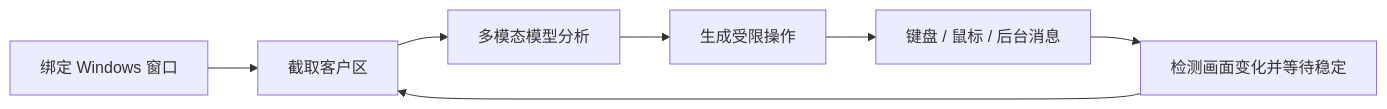
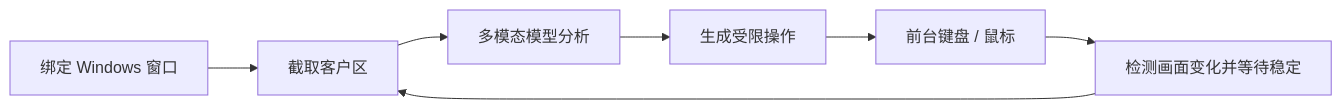
The diagram in README.md (thiopheneche/AEye), drawn with Mermaid before and after one commit. The commit also changed other lines of this file and 8 other files, not shown here.

````diff
--- a/README.md
+++ b/README.md
@@ -25,9 +24,9 @@
 ```mermaid
 flowchart LR
     A["绑定 Windows 窗口"] --> B["截取客户区"]
     B --> C["多模态模型分析"]
     C --> D["生成受限操作"]
-    D --> E["键盘 / 鼠标 / 后台消息"]
+    D --> E["前台键盘 / 鼠标"]
     E --> F["检测画面变化并等待稳定"]
     F --> B
 ```
````
